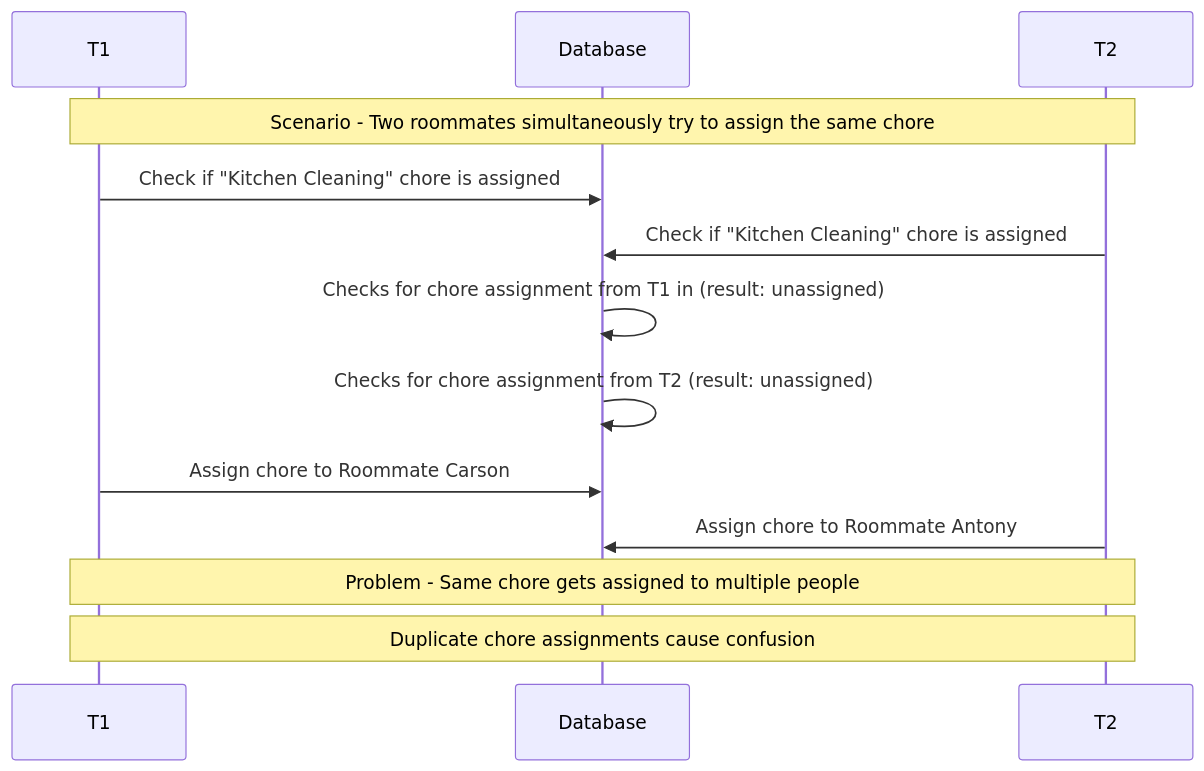
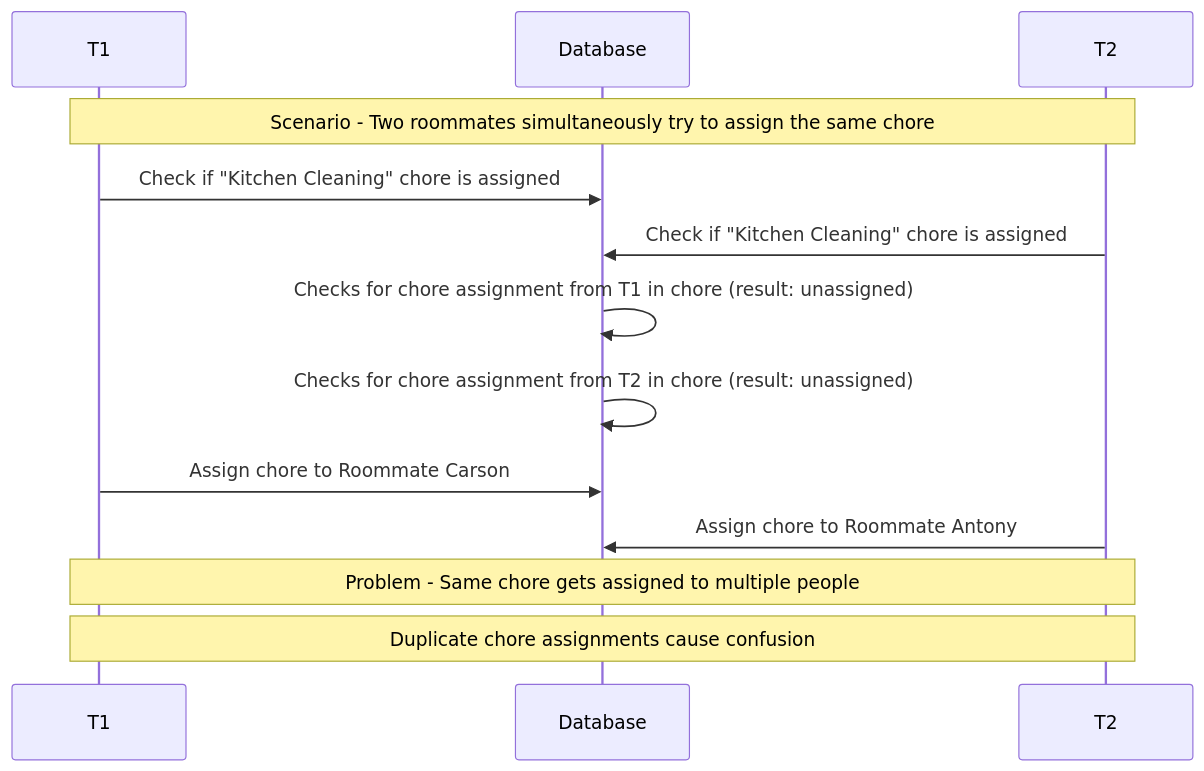
The third of 3 diagrams in docs/concurrency.md (s6hib/Chore-Tracker-API), drawn with Mermaid before and after one commit.

Commit message:
add text

````diff
--- a/docs/concurrency.md
+++ b/docs/concurrency.md
@@ -83,16 +83,16 @@
 ``` mermaid
 sequenceDiagram
     participant T1
     participant Database
     participant T2
 
     Note over T1, T2: Scenario - Two roommates simultaneously try to assign the same chore
     T1->>Database: Check if "Kitchen Cleaning" chore is assigned
     T2->>Database: Check if "Kitchen Cleaning" chore is assigned
-    Database->>Database: Checks for chore assignment from T1 in (result: unassigned)
-    Database->>Database: Checks for chore assignment from T2 (result: unassigned)
+    Database->>Database: Checks for chore assignment from T1 in chore (result: unassigned)
+    Database->>Database: Checks for chore assignment from T2 in chore (result: unassigned)
     T1->>Database: Assign chore to Roommate Carson
     T2->>Database: Assign chore to Roommate Antony
     Note over T1, T2: Problem - Same chore gets assigned to multiple people
     Note over T1, T2: Duplicate chore assignments cause confusion
 ```
````
